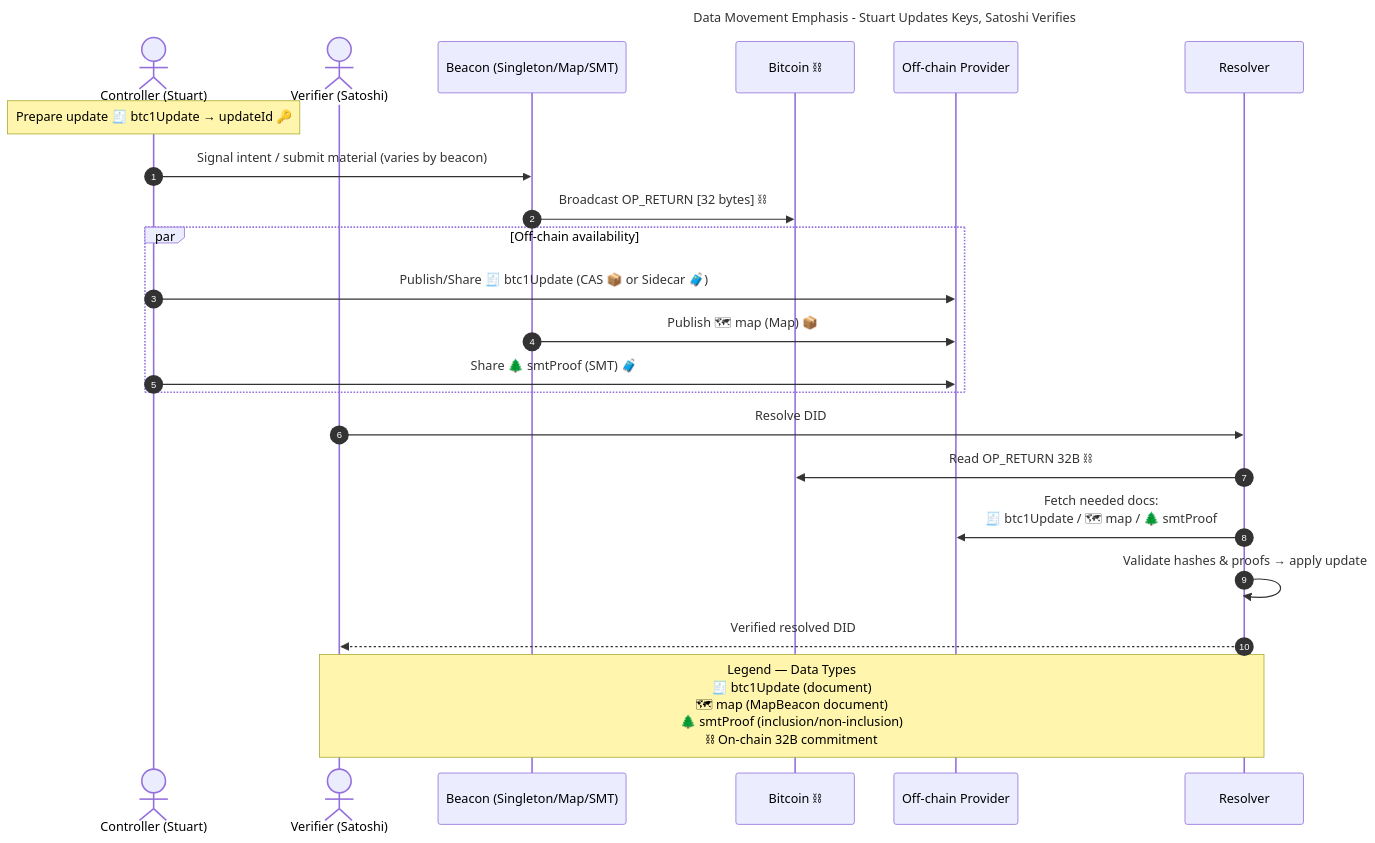
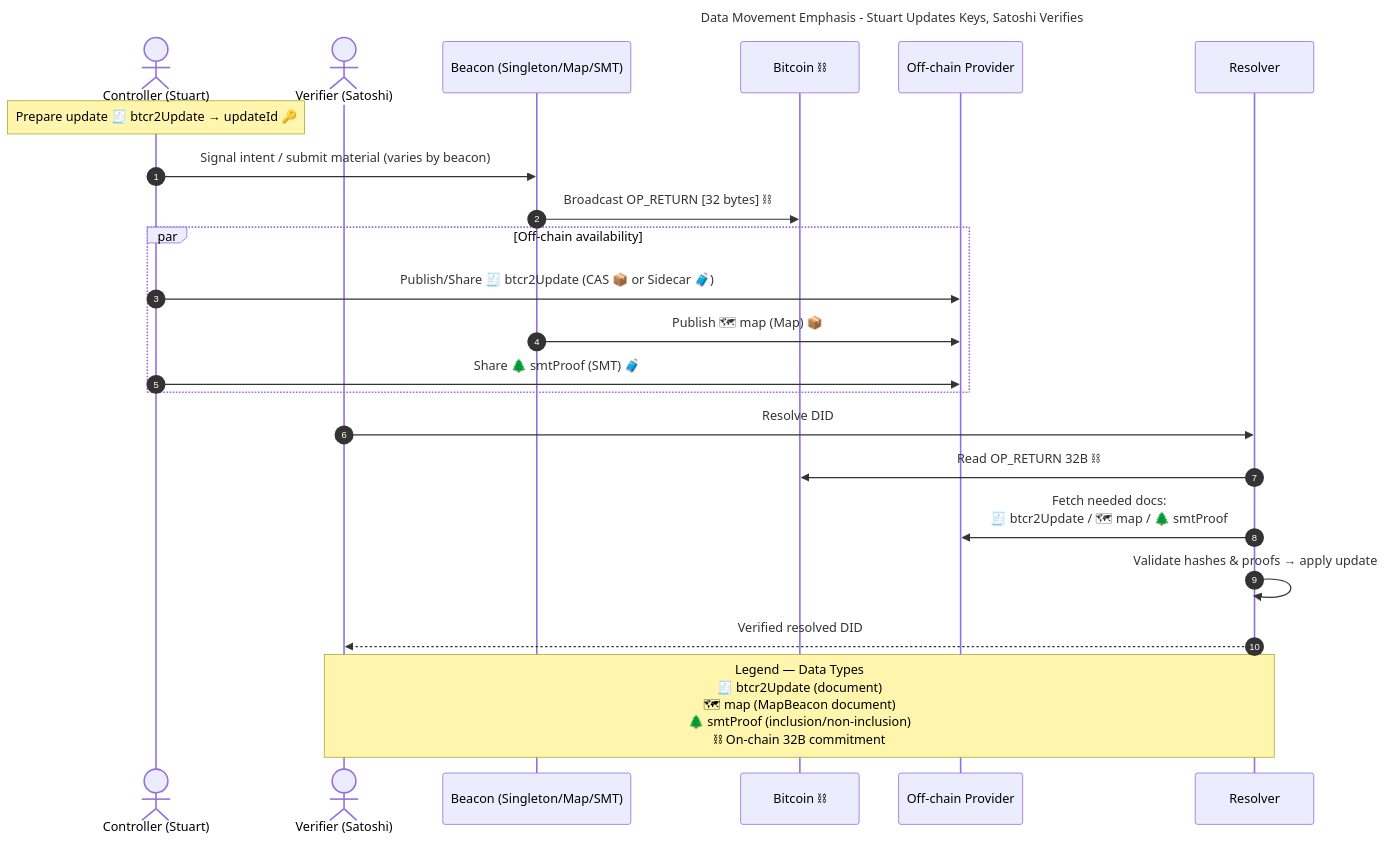
Before and after one commit to jintekc/website-btcr2-dev: the diagram in docs/public/diagrams/okrs/o1-kr3.1.mmd, drawn with Mermaid. The commit also changed 20 other files, not shown here.

```diff
--- a/docs/public/diagrams/okrs/o1-kr3.1.mmd
+++ b/docs/public/diagrams/okrs/o1-kr3.1.mmd
@@ -1,30 +1,30 @@
 ---
 title: Data Movement Emphasis - Stuart Updates Keys, Satoshi Verifies
 ---
 
 sequenceDiagram
     autonumber
     actor C as Controller (Stuart)
     actor V as Verifier (Satoshi)
     participant B as Beacon (Singleton/Map/SMT)
     participant N as Bitcoin ⛓
     participant O as Off-chain Provider
     participant R as Resolver
 
-    Note over C: Prepare update 🧾 btc1Update → updateId 🔑
+    Note over C: Prepare update 🧾 btcr2Update → updateId 🔑
 
     C->>B: Signal intent / submit material (varies by beacon)
     B->>N: Broadcast OP_RETURN [32 bytes] ⛓
     par Off-chain availability
-      C->>O: Publish/Share 🧾 btc1Update (CAS 📦 or Sidecar 🧳)
+      C->>O: Publish/Share 🧾 btcr2Update (CAS 📦 or Sidecar 🧳)
       B->>O: Publish 🗺 map (Map) 📦
       C->>O: Share 🌲 smtProof (SMT) 🧳
     end
 
     V->>R: Resolve DID
     R->>N: Read OP_RETURN 32B ⛓
-    R->>O: Fetch needed docs:<br/>🧾 btc1Update / 🗺 map / 🌲 smtProof
+    R->>O: Fetch needed docs:<br/>🧾 btcr2Update / 🗺 map / 🌲 smtProof
     R->>R: Validate hashes & proofs → apply update
     R-->>V: Verified resolved DID
 
-    Note over R,V: Legend — Data Types<br/>🧾 btc1Update (document)<br/>🗺 map (MapBeacon document)<br/>🌲 smtProof (inclusion/non-inclusion)<br/>⛓ On-chain 32B commitment
+    Note over R,V: Legend — Data Types<br/>🧾 btcr2Update (document)<br/>🗺 map (MapBeacon document)<br/>🌲 smtProof (inclusion/non-inclusion)<br/>⛓ On-chain 32B commitment
```
